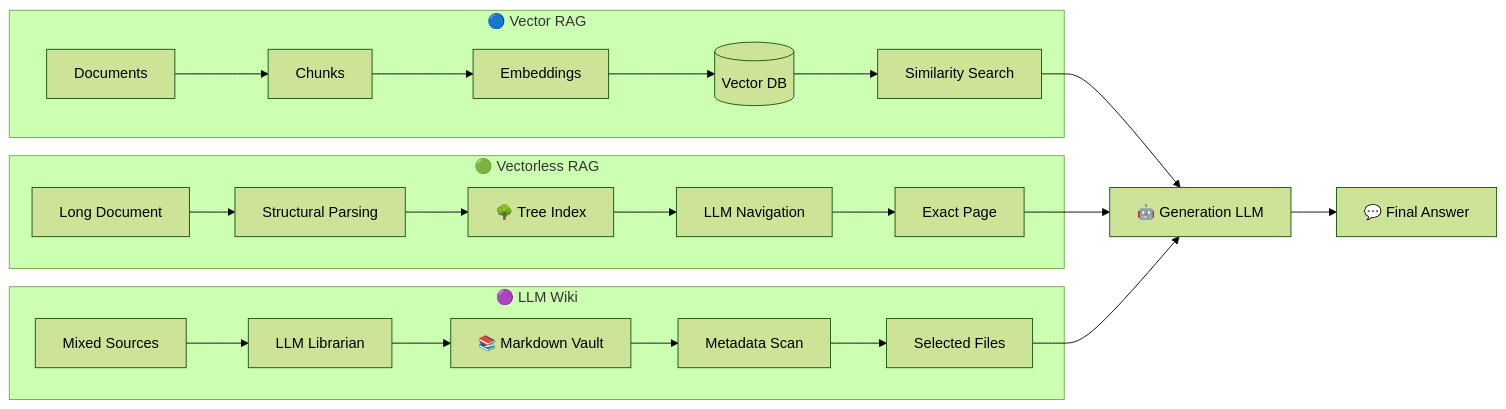
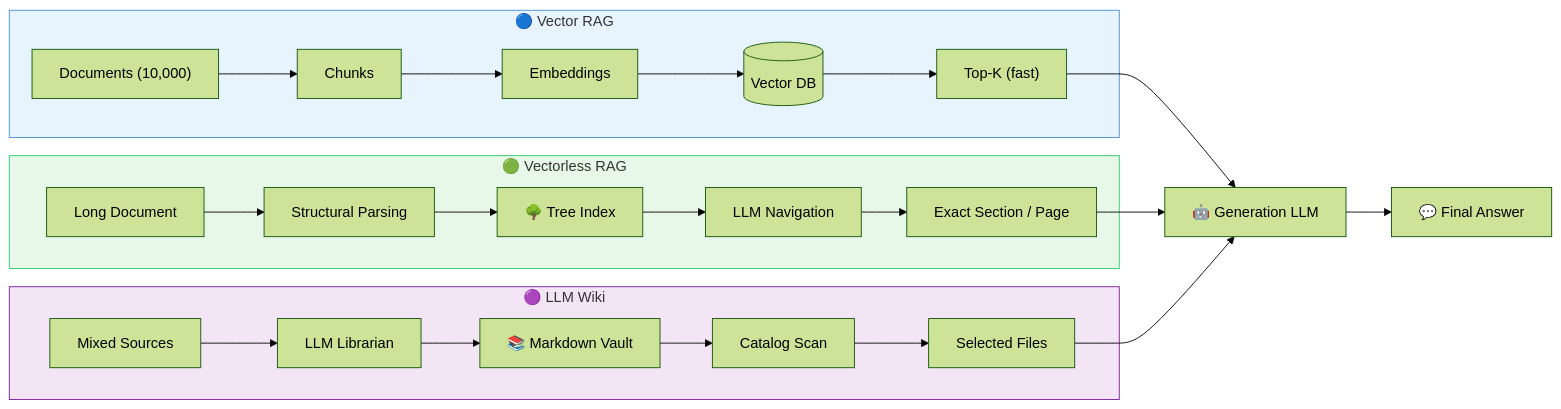
Before and after one commit to Amie-dev/FDE-and-GenAI-Mastery: diagram 11 of 12 in Lecture 18 - Vectorless RAG and LLM Wiki/notes/06_system_comparison_hybrid_rag.md, drawn with Mermaid (forest theme). The commit also changed other lines of this file and 6 other files, not shown here.

First line of the commit message:
Enhance Lecture 18 notes on Vectorless RAG and LLM Wiki

````diff
--- a/Lecture 18 - Vectorless RAG and LLM Wiki/notes/06_system_comparison_hybrid_rag.md
+++ b/Lecture 18 - Vectorless RAG and LLM Wiki/notes/06_system_comparison_hybrid_rag.md
@@ -546,33 +671,36 @@
 ```mermaid
 flowchart LR
-
     subgraph V["🔵 Vector RAG"]
-        V1["Documents"]
+        V1["Documents (10,000)"]
         V1 --> V2["Chunks"]
         V2 --> V3["Embeddings"]
         V3 --> V4[("Vector DB")]
-        V4 --> V5["Similarity Search"]
+        V4 --> V5["Top-K (fast)"]
     end
 
-    subgraph P["🟢 Vectorless RAG"]
-        P1["Long Document"]
-        P1 --> P2["Structural Parsing"]
-        P2 --> P3["🌳 Tree Index"]
-        P3 --> P4["LLM Navigation"]
-        P4 --> P5["Exact Page"]
+    subgraph T["🟢 Vectorless RAG"]
+        T1["Long Document"]
+        T1 --> T2["Structural Parsing"]
+        T2 --> T3["🌳 Tree Index"]
+        T3 --> T4["LLM Navigation"]
+        T4 --> T5["Exact Section / Page"]
     end
 
     subgraph W["🟣 LLM Wiki"]
         W1["Mixed Sources"]
         W1 --> W2["LLM Librarian"]
         W2 --> W3["📚 Markdown Vault"]
-        W3 --> W4["Metadata Scan"]
+        W3 --> W4["Catalog Scan"]
         W4 --> W5["Selected Files"]
     end
 
     V5 --> FINAL["🤖 Generation LLM"]
-    P5 --> FINAL
+    T5 --> FINAL
     W5 --> FINAL
 
     FINAL --> ANSWER["💬 Final Answer"]
+
+    style V fill:#e8f4fd,stroke:#4a90d2
+    style T fill:#e8f8e8,stroke:#2ecc71
+    style W fill:#f3e5f5,stroke:#7b1fa2
 ```
````
